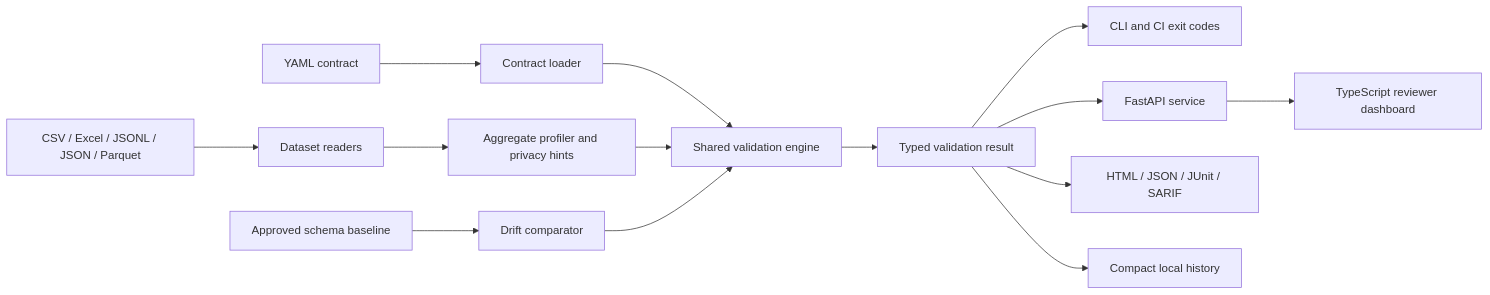
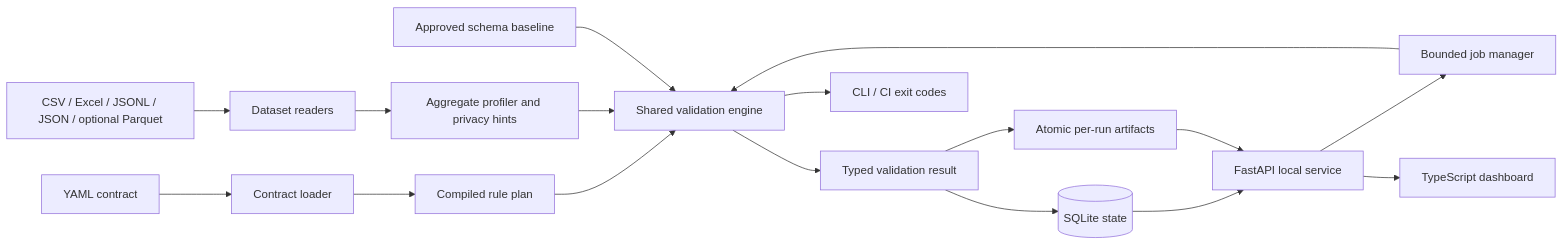
The diagram in docs/ARCHITECTURE.md (Jnapier2/data-contract-monitor), drawn with Mermaid before and after one commit. The commit also changed other lines of this file and 80 other files, not shown here.

````diff
--- a/docs/ARCHITECTURE.md
+++ b/docs/ARCHITECTURE.md
@@ -15,16 +9,19 @@
 ```mermaid
 flowchart LR
     Contract[YAML contract] --> Loader[Contract loader]
-    Data[CSV / Excel / JSONL / JSON / Parquet] --> Reader[Dataset readers]
-    Baseline[Approved schema baseline] --> Drift[Drift comparator]
-    Loader --> Engine[Shared validation engine]
+    Loader --> Plan[Compiled rule plan]
+    Data[CSV / Excel / JSONL / JSON / optional Parquet] --> Reader[Dataset readers]
     Reader --> Profile[Aggregate profiler and privacy hints]
+    Plan --> Engine[Shared validation engine]
     Profile --> Engine
-    Drift --> Engine
+    Baseline[Approved schema baseline] --> Engine
     Engine --> Result[Typed validation result]
-    Result --> CLI[CLI and CI exit codes]
-    Result --> API[FastAPI service]
-    API --> UI[TypeScript reviewer dashboard]
-    Result --> Reports[HTML / JSON / JUnit / SARIF]
-    Result --> History[Compact local history]
+    Result --> Store[(SQLite state)]
+    Result --> Artifacts[Atomic per-run artifacts]
+    API[FastAPI local service] --> Jobs[Bounded job manager]
+    Jobs --> Engine
+    Store --> API
+    Artifacts --> API
+    API --> UI[TypeScript dashboard]
+    Engine --> CLI[CLI / CI exit codes]
 ```
````
